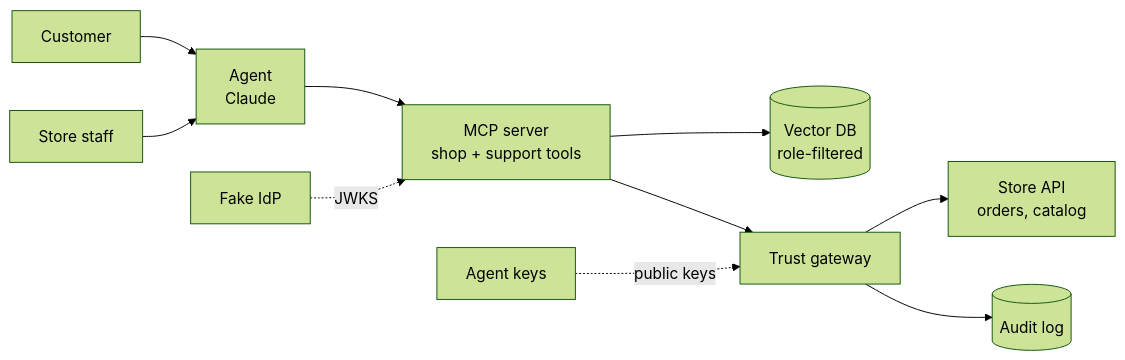
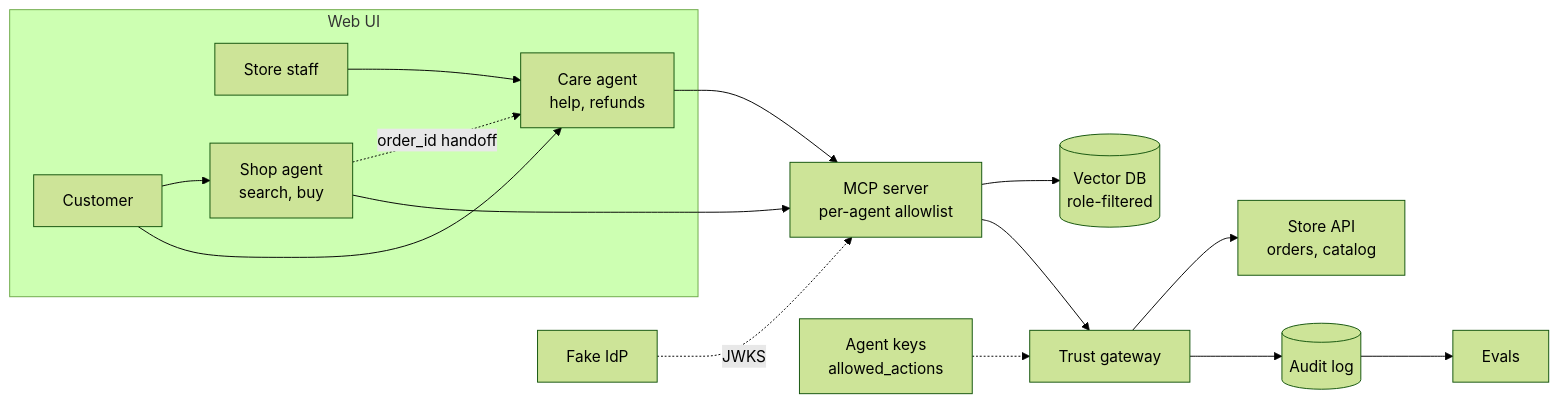
The diagram in README.md (raj-rox/Agentic_CheckoutCareECommerce-), drawn with Mermaid (forest theme) before and after one commit. The commit also changed other lines of this file, not shown here.

First line of the commit message:
Update README for two-agent design with shared trust layer

````diff
--- a/README.md
+++ b/README.md
@@ -25,12 +25,22 @@
 ```mermaid
 flowchart LR
-    C[Customer] --> A[Agent<br/>Claude]
-    S[Store staff] --> A
-    A --> M[MCP server<br/>shop + support tools]
+    subgraph UI[Web UI]
+        C[Customer]
+        S[Store staff]
+        SA[Shop agent<br/>search, buy]
+        CA[Care agent<br/>help, refunds]
+    end
+    C --> SA
+    C --> CA
+    S --> CA
+    SA -. order_id handoff .-> CA
+    SA --> M[MCP server<br/>per-agent allowlist]
+    CA --> M
     IDP[Fake IdP] -.JWKS.-> M
     M --> V[(Vector DB<br/>role-filtered)]
     M --> G[Trust gateway]
-    K[Agent keys] -.public keys.-> G
+    K[Agent keys<br/>allowed_actions] -.-> G
     G --> API[Store API<br/>orders, catalog]
     G --> L[(Audit log)]
+    L --> E[Evals]
 ```
````
